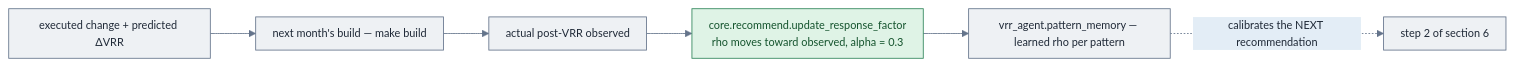
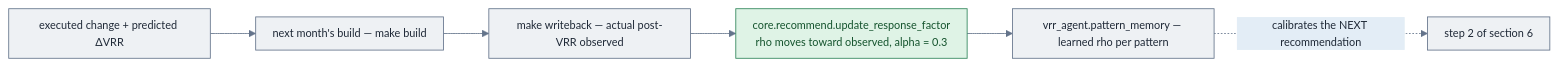
Before and after one commit to vamshi455/vrr-agent-open: diagram 13 of 19 in README.md, drawn with Mermaid. The commit also changed other lines of this file and 28 other files, not shown here.

````diff
--- a/README.md
+++ b/README.md
@@ -792,12 +792,12 @@
 ```mermaid
 %%{init: {'theme':'base','themeVariables':{'fontFamily':'ui-sans-serif, system-ui, -apple-system, sans-serif','fontSize':'13px','lineColor':'#64748b','primaryColor':'#eef1f4','primaryTextColor':'#1f2937','primaryBorderColor':'#64748b','secondaryColor':'#e3edf6','tertiaryColor':'#eef1f4'},'flowchart':{'htmlLabels':true,'padding':10,'nodeSpacing':46,'rankSpacing':54,'curve':'basis','useMaxWidth':true},'sequence':{'useMaxWidth':true,'boxMargin':8}}}%%
 flowchart LR
     EX["executed change + predicted ΔVRR"] --> WAIT["next month's build — make build"]
-    WAIT --> ACT["actual post-VRR observed"]
+    WAIT --> ACT["make writeback — actual post-VRR observed"]
     ACT --> EMA["core.recommend.update_response_factor<br/>rho moves toward observed, alpha = 0.3"]
     EMA --> MEM["vrr_agent.pattern_memory — learned rho per pattern"]
     MEM -.->|"calibrates the NEXT recommendation"| NEXT["step 2 of section 6"]
 
     classDef ok fill:#dff3e6,stroke:#2f855a,stroke-width:1px,color:#14532d;
     class EMA ok;
 ```
````
